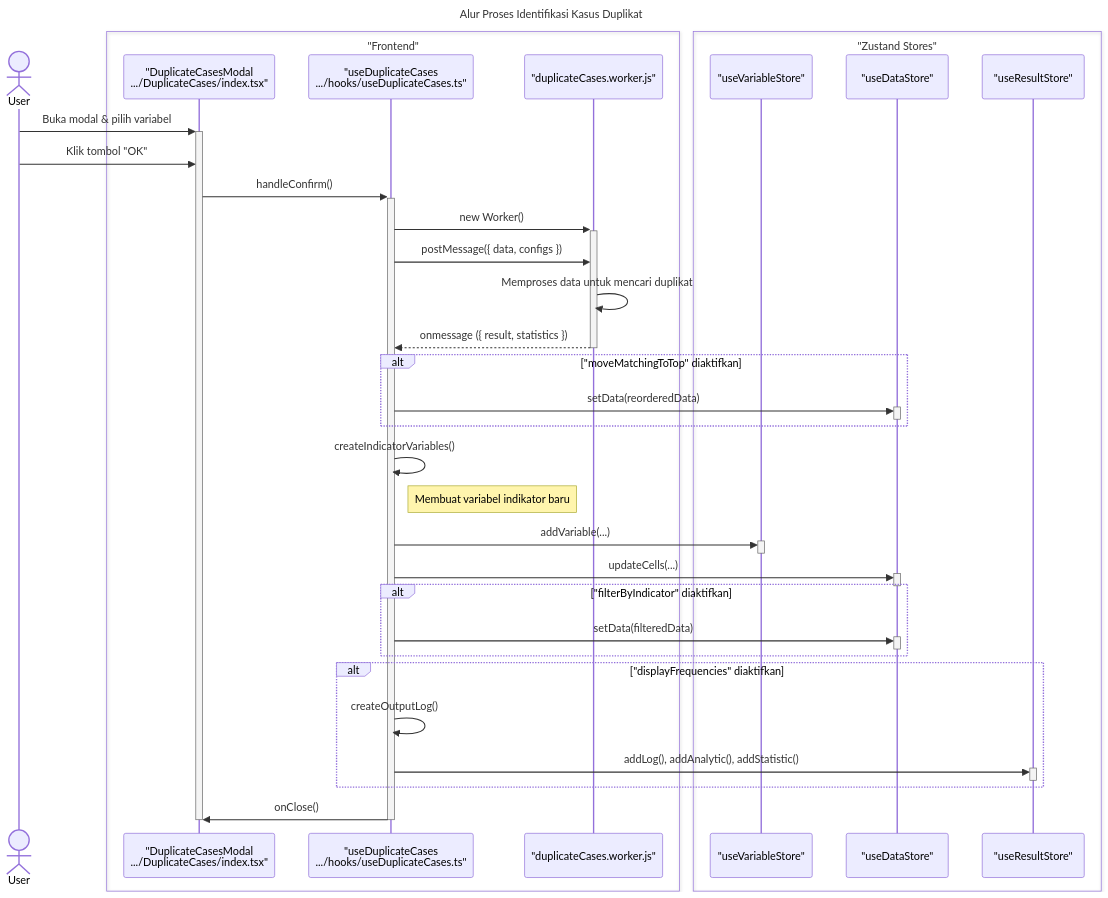
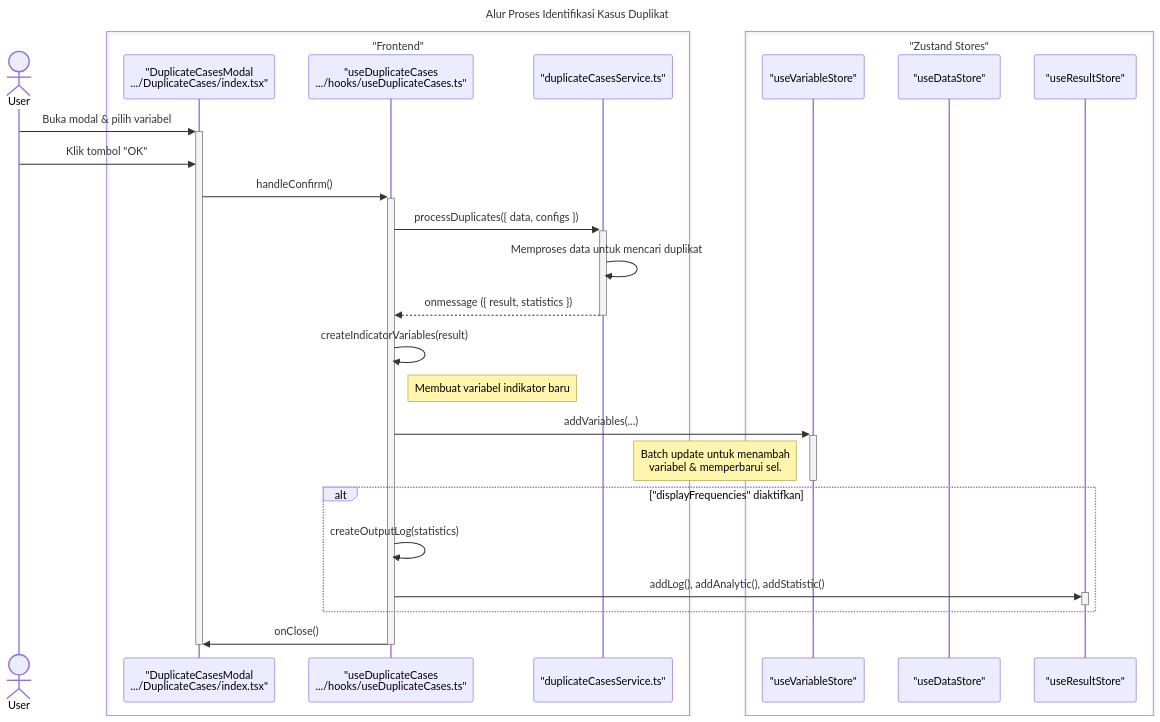
Before and after one commit to wilskk/statify: the diagram in frontend/docs/Sequence-Diagram/Data/DuplicateCases.md, drawn with Mermaid. The commit also changed other lines of this file and 25 other files, not shown here.

````diff
--- a/frontend/docs/Sequence-Diagram/Data/DuplicateCases.md
+++ b/frontend/docs/Sequence-Diagram/Data/DuplicateCases.md
@@ -11,55 +11,42 @@
 ```mermaid
 sequenceDiagram
     title: Alur Proses Identifikasi Kasus Duplikat
     actor User
 
     box "Frontend"
         participant Modal as "DuplicateCasesModal<br>.../DuplicateCases/index.tsx"
         participant Hook as "useDuplicateCases<br>.../hooks/useDuplicateCases.ts"
-        participant Worker as "duplicateCases.worker.js"
+        participant Service as "duplicateCasesService.ts"
     end
 
     box "Zustand Stores"
         participant VarStore as "useVariableStore"
         participant DataStore as "useDataStore"
         participant ResultStore as "useResultStore"
     end
 
     User->>+Modal: Buka modal & pilih variabel
     User->>Modal: Klik tombol "OK"
 
     Modal->>+Hook: handleConfirm()
-    Hook->>+Worker: new Worker()
-    Hook->>Worker: postMessage({ data, configs })
+    Hook->>+Service: processDuplicates({ data, configs })
+    Service->>Service: Memproses data untuk mencari duplikat
+    Service-->>Hook: onmessage ({ result, statistics })
+    deactivate Service
 
-    Worker->>Worker: Memproses data untuk mencari duplikat
-    Worker-->>Hook: onmessage ({ result, statistics })
-    deactivate Worker
-
-    alt "moveMatchingToTop" diaktifkan
-        Hook->>+DataStore: setData(reorderedData)
-        deactivate DataStore
-    end
-
-    Hook->>Hook: createIndicatorVariables()
+    Hook->>Hook: createIndicatorVariables(result)
     note right of Hook: Membuat variabel indikator baru
-    Hook->>+VarStore: addVariable(...)
+    Hook->>+VarStore: addVariables(...)
+    note left of VarStore: Batch update untuk menambah<br>variabel & memperbarui sel.
     deactivate VarStore
-    Hook->>+DataStore: updateCells(...)
-    deactivate DataStore
-
-    alt "filterByIndicator" diaktifkan
-        Hook->>+DataStore: setData(filteredData)
-        deactivate DataStore
-    end
-
+    
     alt "displayFrequencies" diaktifkan
-        Hook->>Hook: createOutputLog()
+        Hook->>Hook: createOutputLog(statistics)
         Hook->>+ResultStore: addLog(), addAnalytic(), addStatistic()
         deactivate ResultStore
     end
 
     Hook->>Modal: onClose()
     deactivate Hook
     deactivate Modal
 ``` 
````
